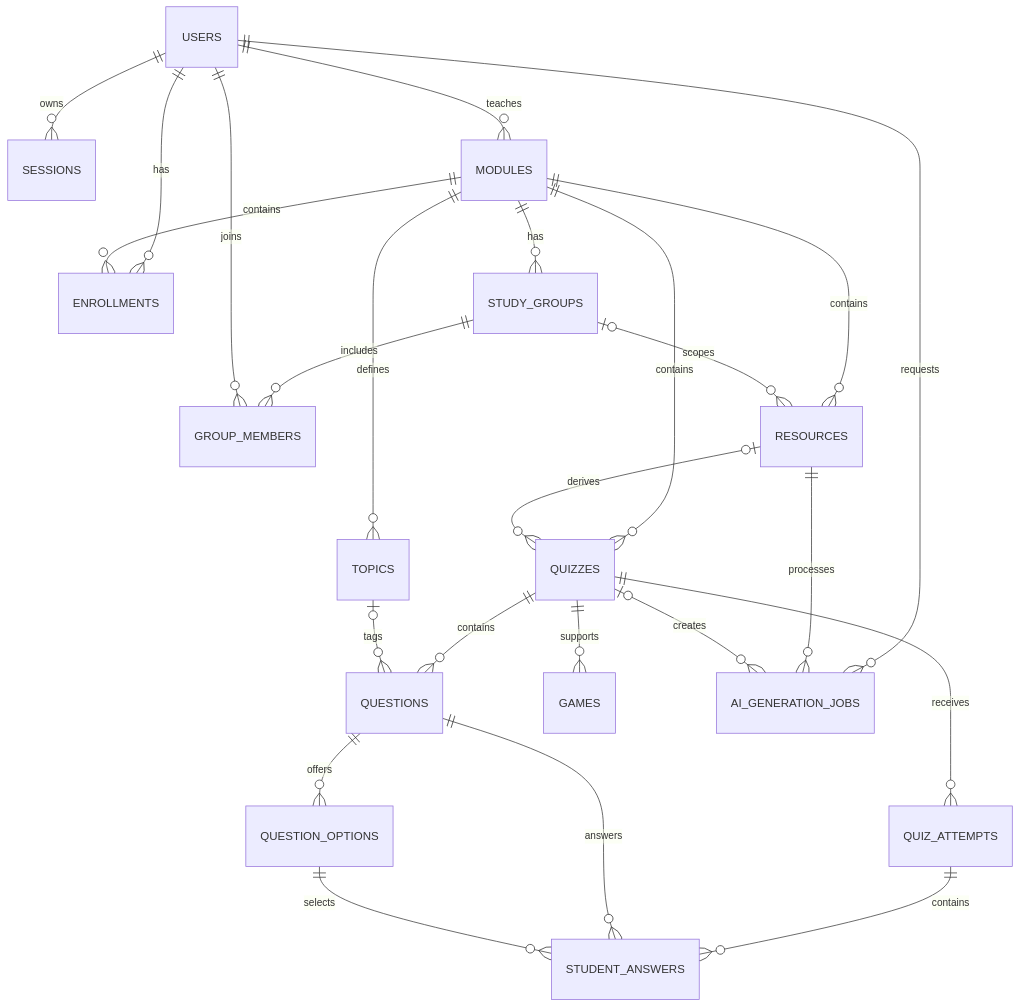
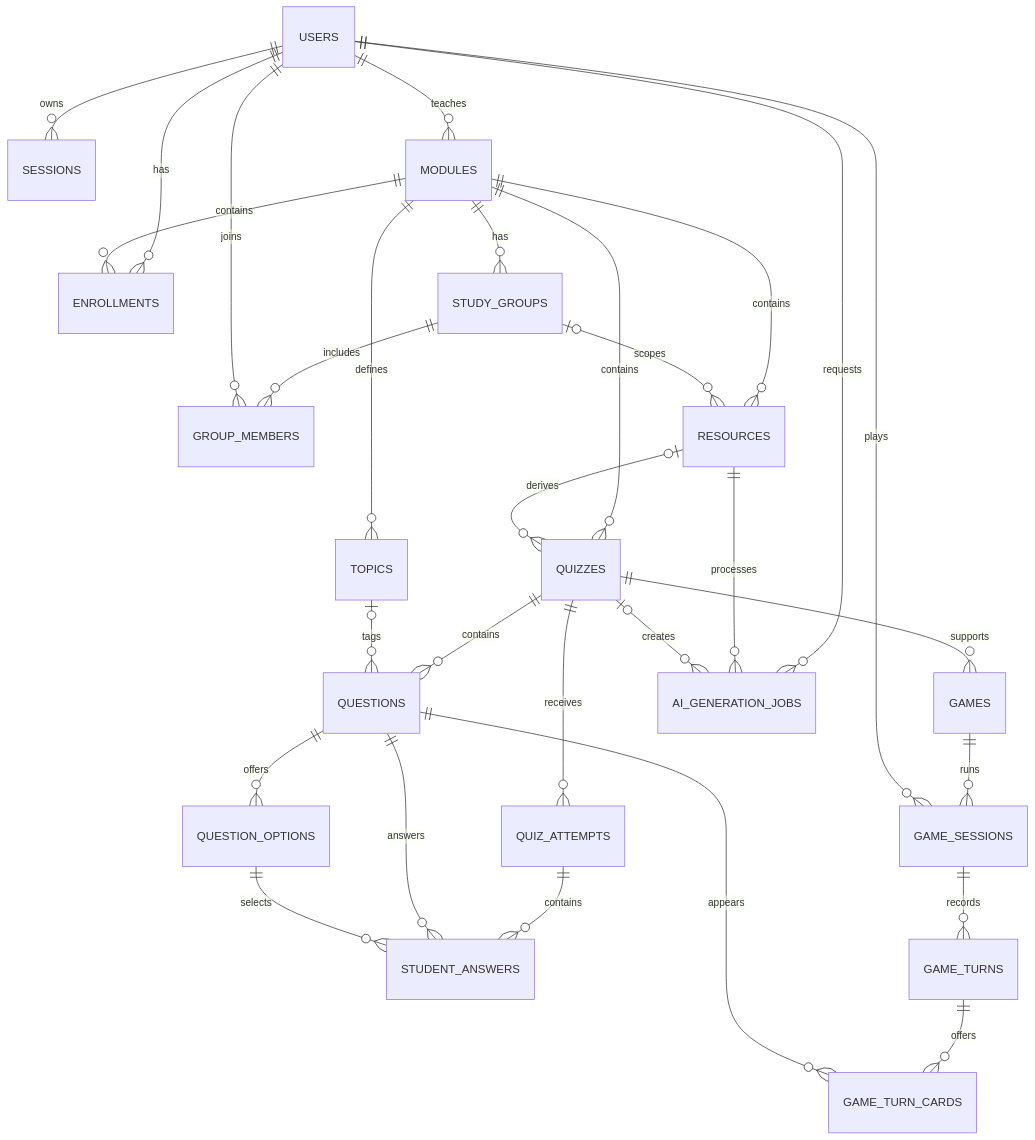
One commit to VeroshinNaidoo/IT-project changed the diagram in docs/ERD.md. Above: the diagram before and after it, drawn with Mermaid. The commit also changed other lines of this file and 30 other files, not shown here.

````diff
--- a/docs/ERD.md
+++ b/docs/ERD.md
@@ -5,26 +5,31 @@
 ```mermaid
 erDiagram
   USERS ||--o{ SESSIONS : owns
   USERS ||--o{ MODULES : teaches
   USERS ||--o{ ENROLLMENTS : has
   MODULES ||--o{ ENROLLMENTS : contains
   MODULES ||--o{ STUDY_GROUPS : has
   STUDY_GROUPS ||--o{ GROUP_MEMBERS : includes
   USERS ||--o{ GROUP_MEMBERS : joins
   MODULES ||--o{ RESOURCES : contains
   STUDY_GROUPS o|--o{ RESOURCES : scopes
   MODULES ||--o{ TOPICS : defines
   MODULES ||--o{ QUIZZES : contains
   RESOURCES o|--o{ QUIZZES : derives
   QUIZZES ||--o{ QUESTIONS : contains
   TOPICS o|--o{ QUESTIONS : tags
   QUESTIONS ||--o{ QUESTION_OPTIONS : offers
   QUIZZES ||--o{ QUIZ_ATTEMPTS : receives
   QUIZ_ATTEMPTS ||--o{ STUDENT_ANSWERS : contains
   QUESTIONS ||--o{ STUDENT_ANSWERS : answers
   QUESTION_OPTIONS ||--o{ STUDENT_ANSWERS : selects
   QUIZZES ||--o{ GAMES : supports
+  GAMES ||--o{ GAME_SESSIONS : runs
+  USERS ||--o{ GAME_SESSIONS : plays
+  GAME_SESSIONS ||--o{ GAME_TURNS : records
+  GAME_TURNS ||--o{ GAME_TURN_CARDS : offers
+  QUESTIONS ||--o{ GAME_TURN_CARDS : appears
   USERS ||--o{ AI_GENERATION_JOBS : requests
   RESOURCES ||--o{ AI_GENERATION_JOBS : processes
   QUIZZES o|--o{ AI_GENERATION_JOBS : creates
 ```
````
